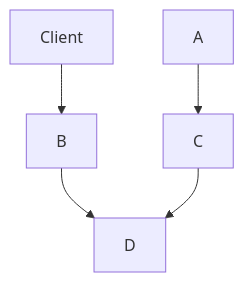
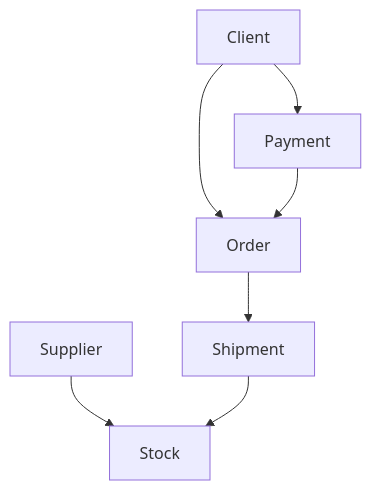
One commit to malazbw/Shopping_Online-using_GO changed the first of 2 diagrams in docs/Architektur.md. Above: the diagram before and after it, drawn with Mermaid.

````diff
--- a/docs/Architektur.md
+++ b/docs/Architektur.md
@@ -4,7 +4,9 @@
 ```mermaid
 graph TD;
-  Client-->B;
-  A-->C;
-  B-->D;
-  C-->D;
+  Client-->Order;
+  Client-->Payment;
+  Supplier-->Stock;
+  Payment-->Order;
+  Order-->Shipment;
+  Shipment-->Stock;
 ```
````
